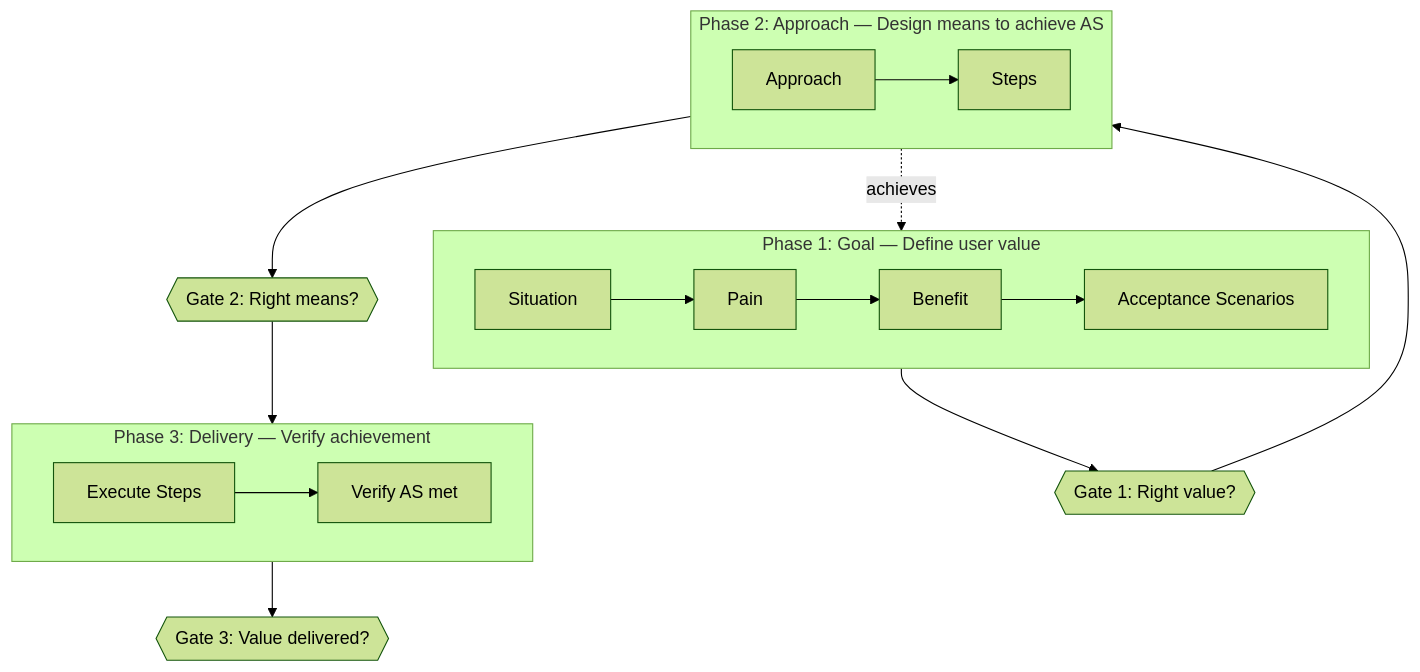
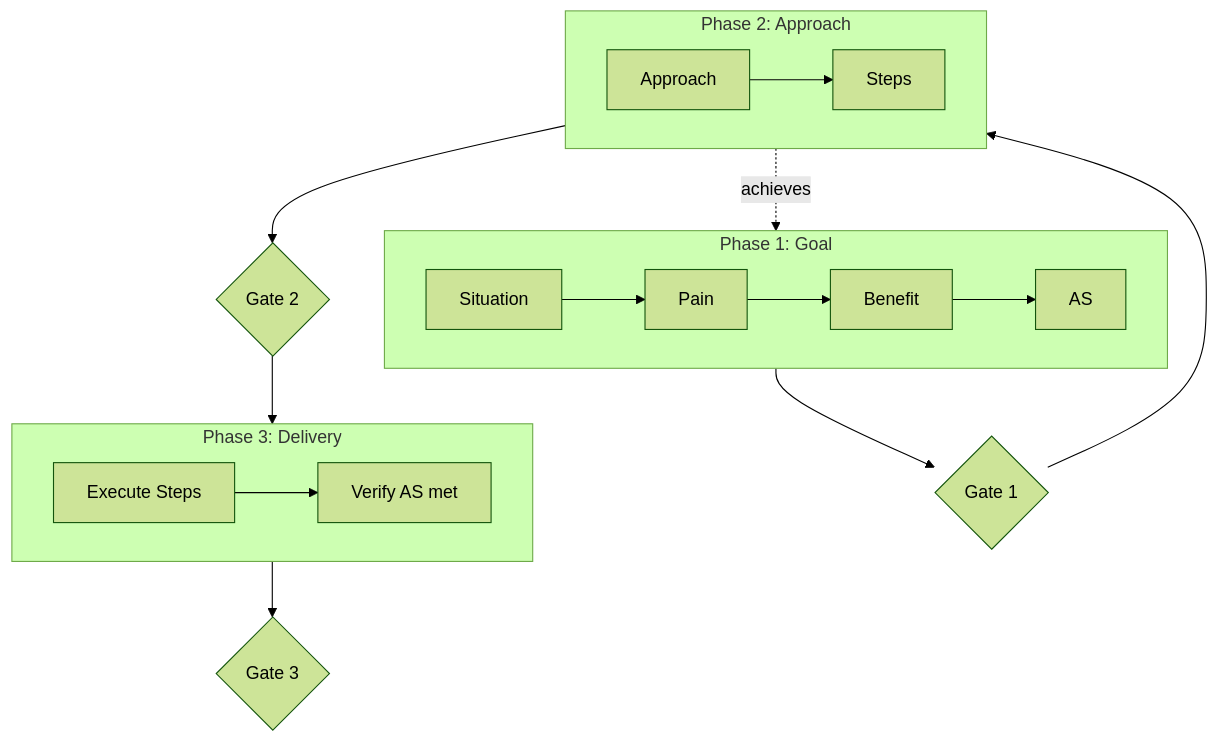
The first of 2 diagrams in README.md (lovaizu/ciya-dev), drawn with Mermaid (forest theme) before and after one commit. The commit also changed other lines of this file, not shown here.

````diff
--- a/README.md
+++ b/README.md
@@ -13,23 +13,23 @@
 ```mermaid
 flowchart TD
-    subgraph p1["Phase 1: Goal — Define user value"]
+    subgraph p1["Phase 1: Goal"]
         direction LR
         S[Situation] --> P[Pain]
         P --> B[Benefit]
-        B --> AS[Acceptance Scenarios]
+        B --> AS[AS]
     end
-    p1 --> G1{{"Gate 1: Right value?"}}
+    p1 --> G1{"Gate 1"}
     G1 --> p2
-    subgraph p2["Phase 2: Approach — Design means to achieve AS"]
+    subgraph p2["Phase 2: Approach"]
         direction LR
         A[Approach] --> T[Steps]
     end
     T -.->|achieves| AS
-    p2 --> G2{{"Gate 2: Right means?"}}
+    p2 --> G2{"Gate 2"}
     G2 --> p3
-    subgraph p3["Phase 3: Delivery — Verify achievement"]
+    subgraph p3["Phase 3: Delivery"]
         direction LR
         EX[Execute Steps] --> V[Verify AS met]
     end
-    p3 --> G3{{"Gate 3: Value delivered?"}}
+    p3 --> G3{"Gate 3"}
 ```
````
